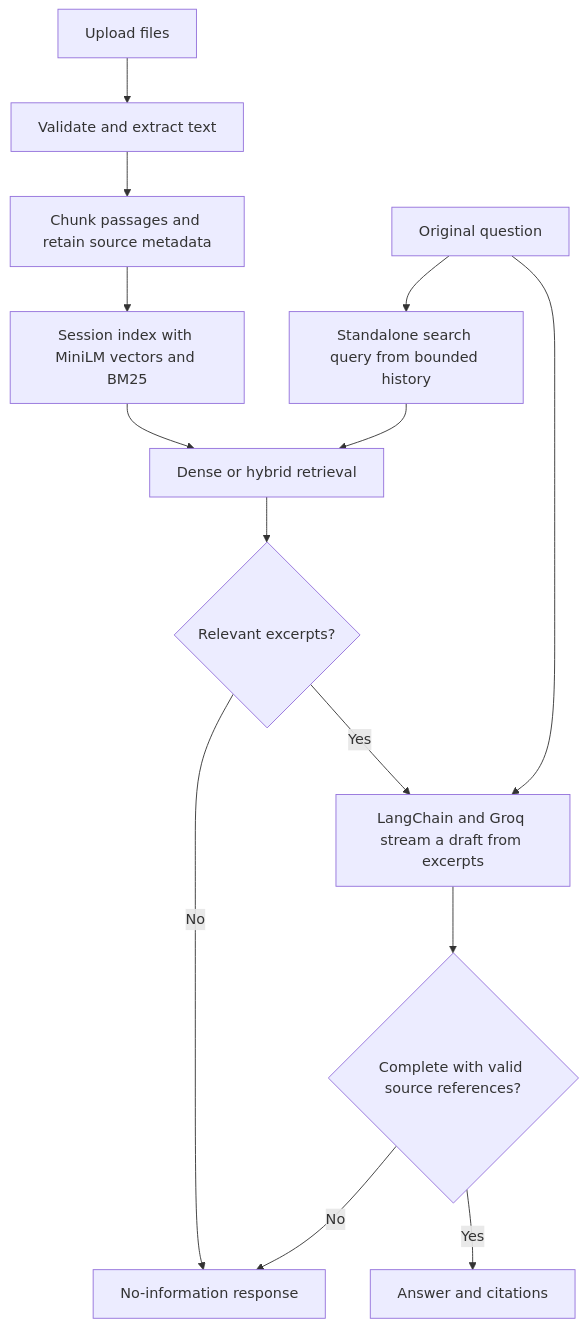
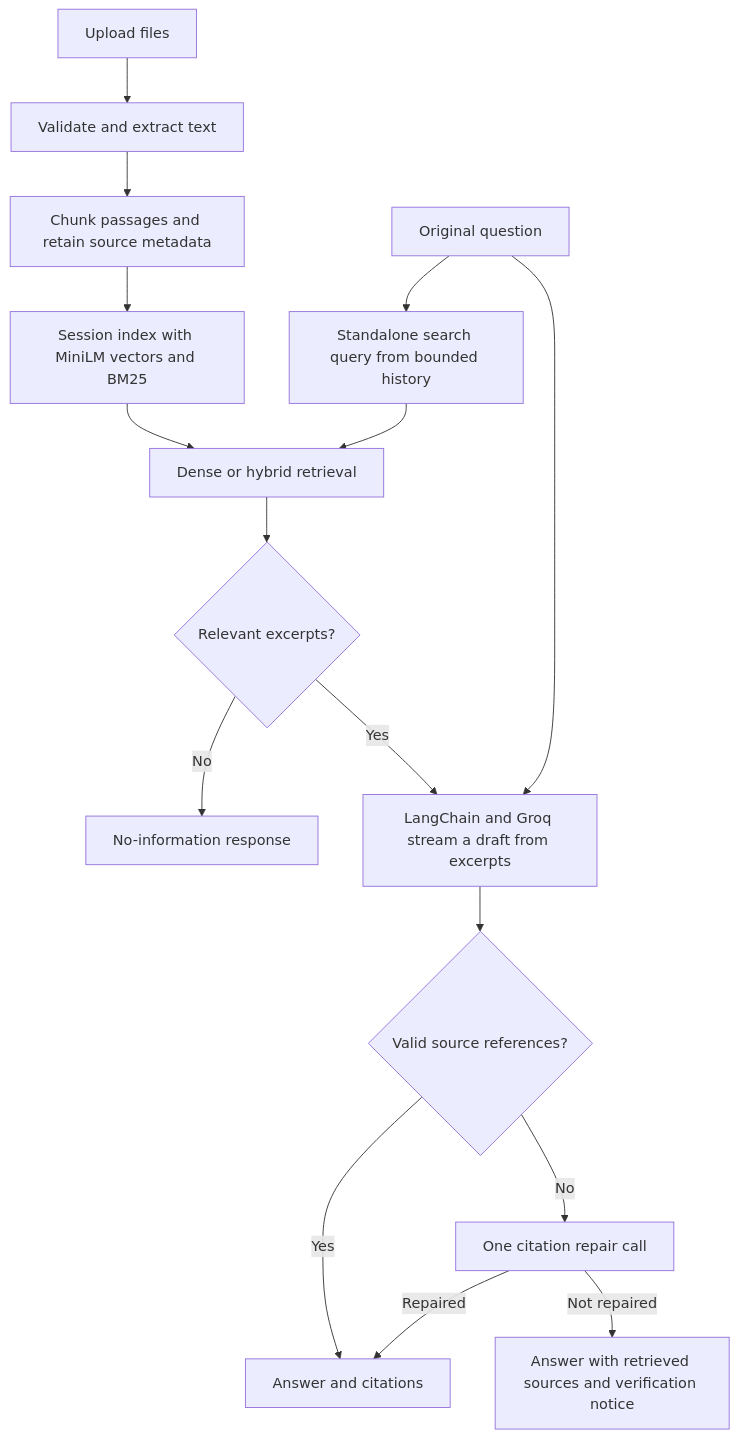
The diagram in README.md (KOUSHIK1831/CampusGuide), drawn with Mermaid before and after one commit. The commit also changed other lines of this file and 4 other files, not shown here.

````diff
--- a/README.md
+++ b/README.md
@@ -58,16 +58,18 @@
 ```mermaid
 flowchart TD
     A[Upload files] --> B[Validate and extract text]
     B --> C[Chunk passages and retain source metadata]
     C --> E[Session index with MiniLM vectors and BM25]
     F[Original question] --> W[Standalone search query from bounded history]
     W --> G[Dense or hybrid retrieval]
     E --> G
     G --> H{Relevant excerpts?}
     H -->|No| I[No-information response]
     H -->|Yes| J[LangChain and Groq stream a draft from excerpts]
     F --> J
-    J --> K{Complete with valid source references?}
-    K -->|No| I
+    J --> K{Valid source references?}
     K -->|Yes| L[Answer and citations]
+    K -->|No| M[One citation repair call]
+    M -->|Repaired| L
+    M -->|Not repaired| N[Answer with retrieved sources and verification notice]
 ```
````
